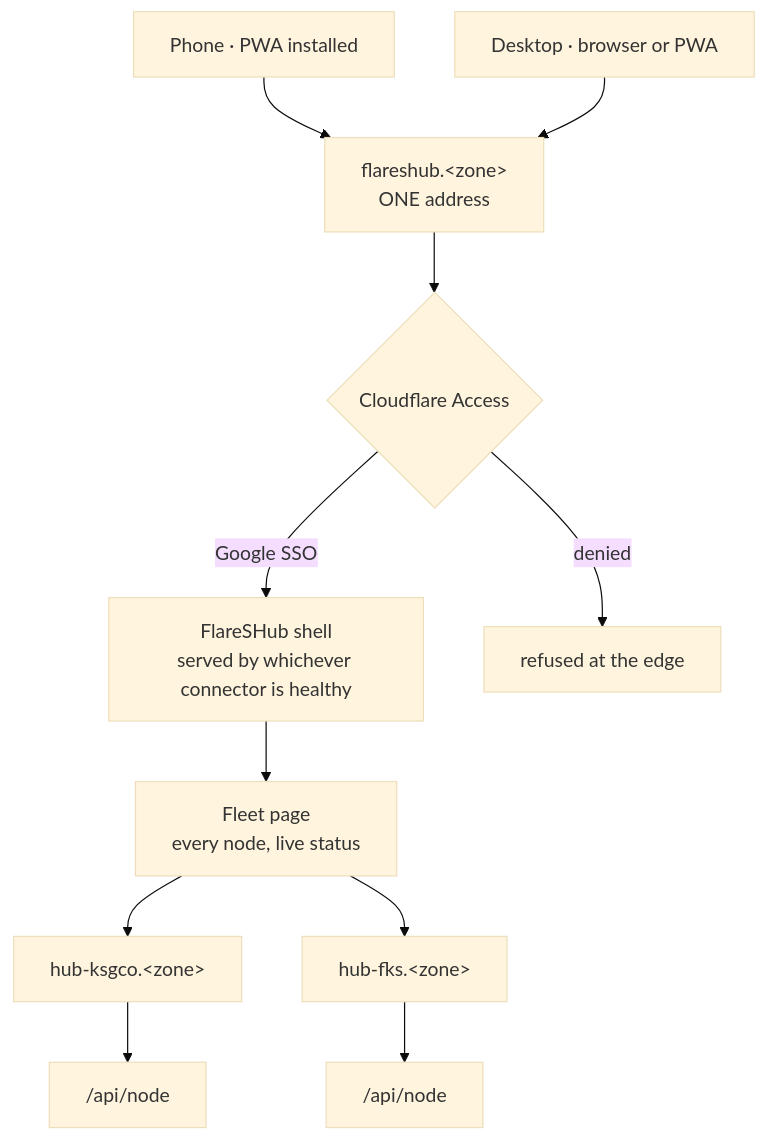
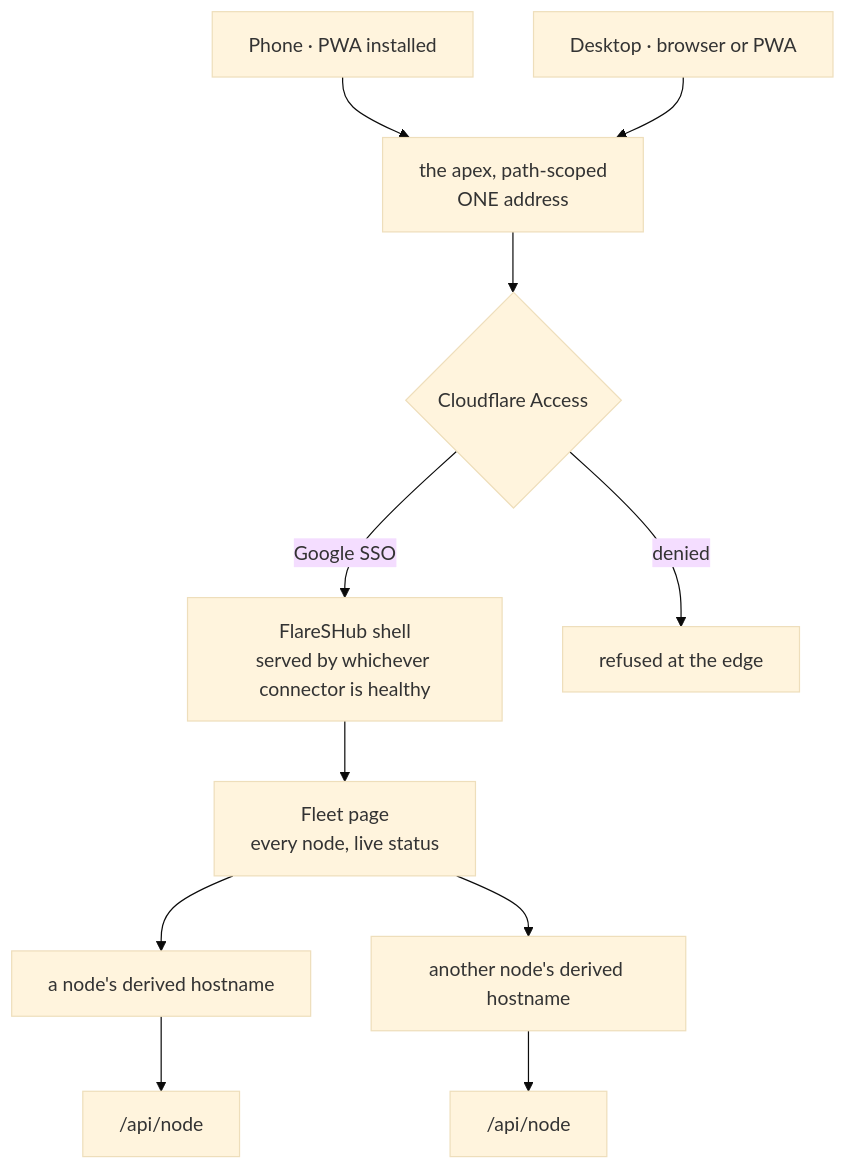
The first of 4 diagrams in docs/flareshub-frontend-dag.md (KGSHOPINV/claude-server), drawn with Mermaid (base theme) before and after one commit. The commit also changed other lines of this file and 26 other files, not shown here.

````diff
--- a/docs/flareshub-frontend-dag.md
+++ b/docs/flareshub-frontend-dag.md
@@ -11,13 +25,13 @@
 ```mermaid
 flowchart TD
     M[Phone · PWA installed] --> E
     D[Desktop · browser or PWA] --> E
-    E["flareshub.&lt;zone&gt;<br/>ONE address"] --> A{Cloudflare Access}
+    E["the apex, path-scoped<br/>ONE address"] --> A{Cloudflare Access}
     A -->|Google SSO| S
     A -->|denied| X[refused at the edge]
     S["FlareSHub shell<br/>served by whichever connector is healthy"] --> F[Fleet page<br/>every node, live status]
-    F --> N1["hub-ksgco.&lt;zone&gt;"]
-    F --> N2["hub-fks.&lt;zone&gt;"]
+    F --> N1["a node's derived hostname"]
+    F --> N2["another node's derived hostname"]
     N1 --> API1["/api/node"]
     N2 --> API2["/api/node"]
 ```
````
